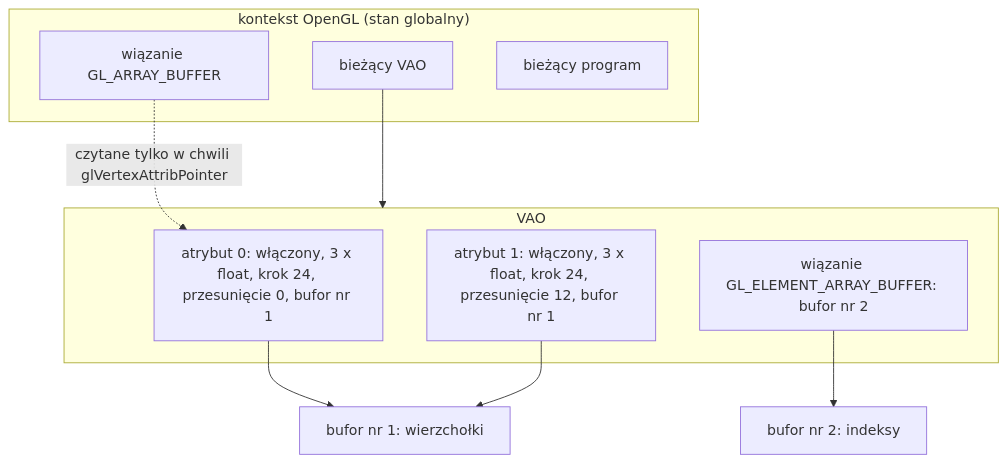
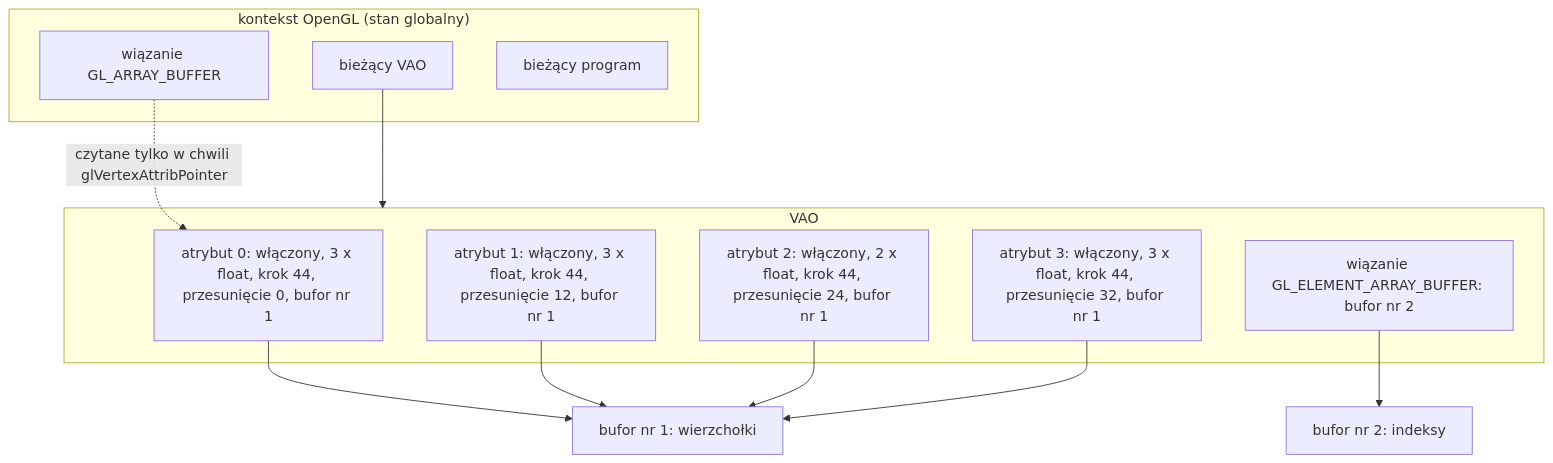
One commit to Shironex/night-maze changed the second of 3 diagrams in docs/modules/gfx/buffers-vao.md. Above: the diagram before and after it, drawn with Mermaid. The commit also changed other lines of this file and 50 other files, not shown here.

````diff
--- a/docs/modules/gfx/buffers-vao.md
+++ b/docs/modules/gfx/buffers-vao.md
@@ -117,18 +122,22 @@
 ```mermaid
 flowchart TD
     subgraph Ctx["kontekst OpenGL (stan globalny)"]
         AB["wiązanie GL_ARRAY_BUFFER"]
         CurVao["bieżący VAO"]
         Prog["bieżący program"]
     end
     subgraph Vao["VAO"]
-        A0["atrybut 0: włączony, 3 x float, krok 24, przesunięcie 0, bufor nr 1"]
-        A1["atrybut 1: włączony, 3 x float, krok 24, przesunięcie 12, bufor nr 1"]
+        A0["atrybut 0: włączony, 3 x float, krok 44, przesunięcie 0, bufor nr 1"]
+        A1["atrybut 1: włączony, 3 x float, krok 44, przesunięcie 12, bufor nr 1"]
+        A2["atrybut 2: włączony, 2 x float, krok 44, przesunięcie 24, bufor nr 1"]
+        A3["atrybut 3: włączony, 3 x float, krok 44, przesunięcie 32, bufor nr 1"]
         EB["wiązanie GL_ELEMENT_ARRAY_BUFFER: bufor nr 2"]
     end
     CurVao --> Vao
     A0 --> Vbo["bufor nr 1: wierzchołki"]
     A1 --> Vbo
+    A2 --> Vbo
+    A3 --> Vbo
     EB --> Ebo["bufor nr 2: indeksy"]
     AB -. "czytane tylko w chwili glVertexAttribPointer" .-> A0
 ```
````
